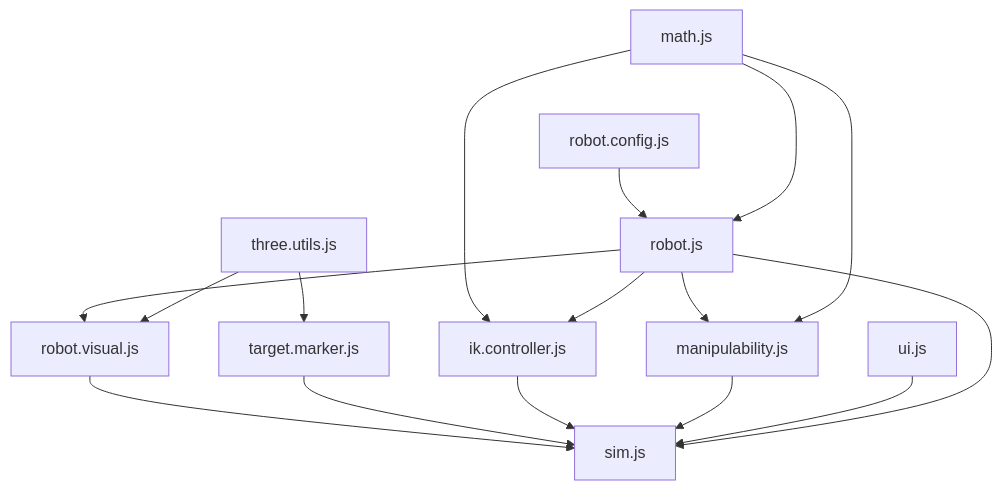
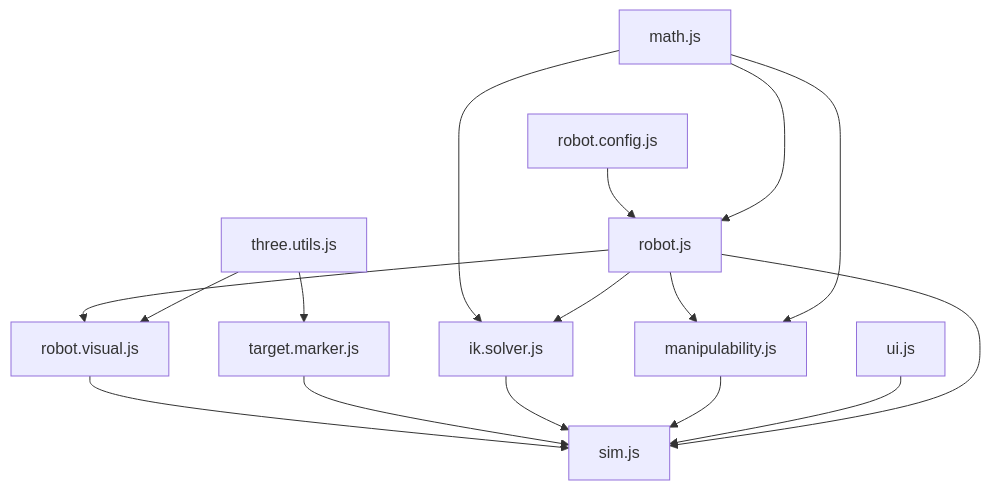
The diagram in ongoing/README.md (wontothree/wontothree.github.io), drawn with Mermaid before and after one commit. The commit also changed other lines of this file and 6 other files, not shown here.

````diff
--- a/ongoing/README.md
+++ b/ongoing/README.md
@@ -6,18 +7,18 @@
 ```mermaid
 flowchart TD
     A[robot.config.js] --> B[robot.js]
-    C[math.js] --> D[ik.controller.js]
+    C[math.js] --> D[ik.solver.js]
     C ---> B
     B --> D
     B --> E[robot.visual.js]
     F[three.utils.js] --> E
     F --> G[target.marker.js]
     B --> H[manipulability.js]
     C --> H
     E --> I[sim.js]
     G --> I
     D --> I
     H --> I
     J[ui.js] --> I
     B --> I
 ```
````
